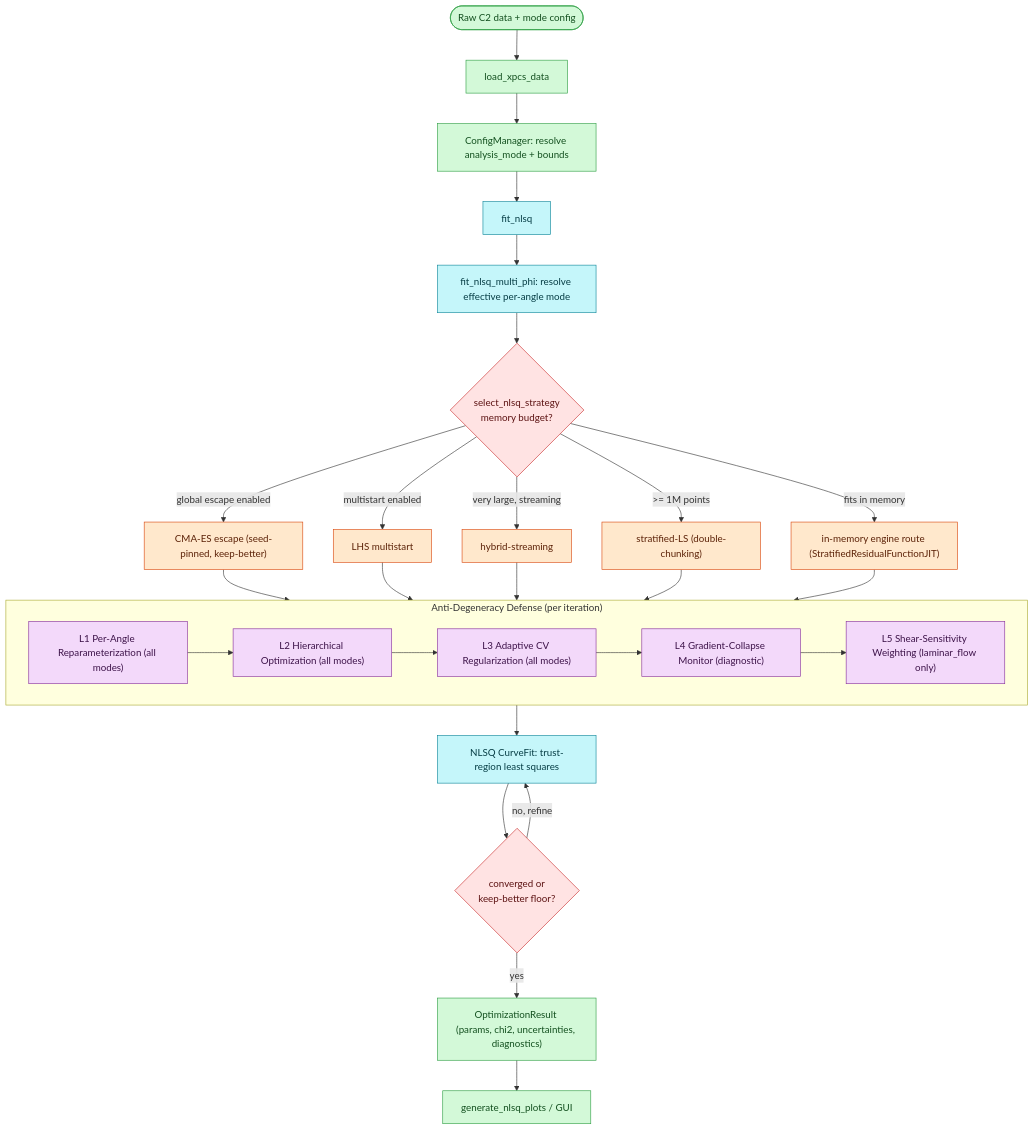
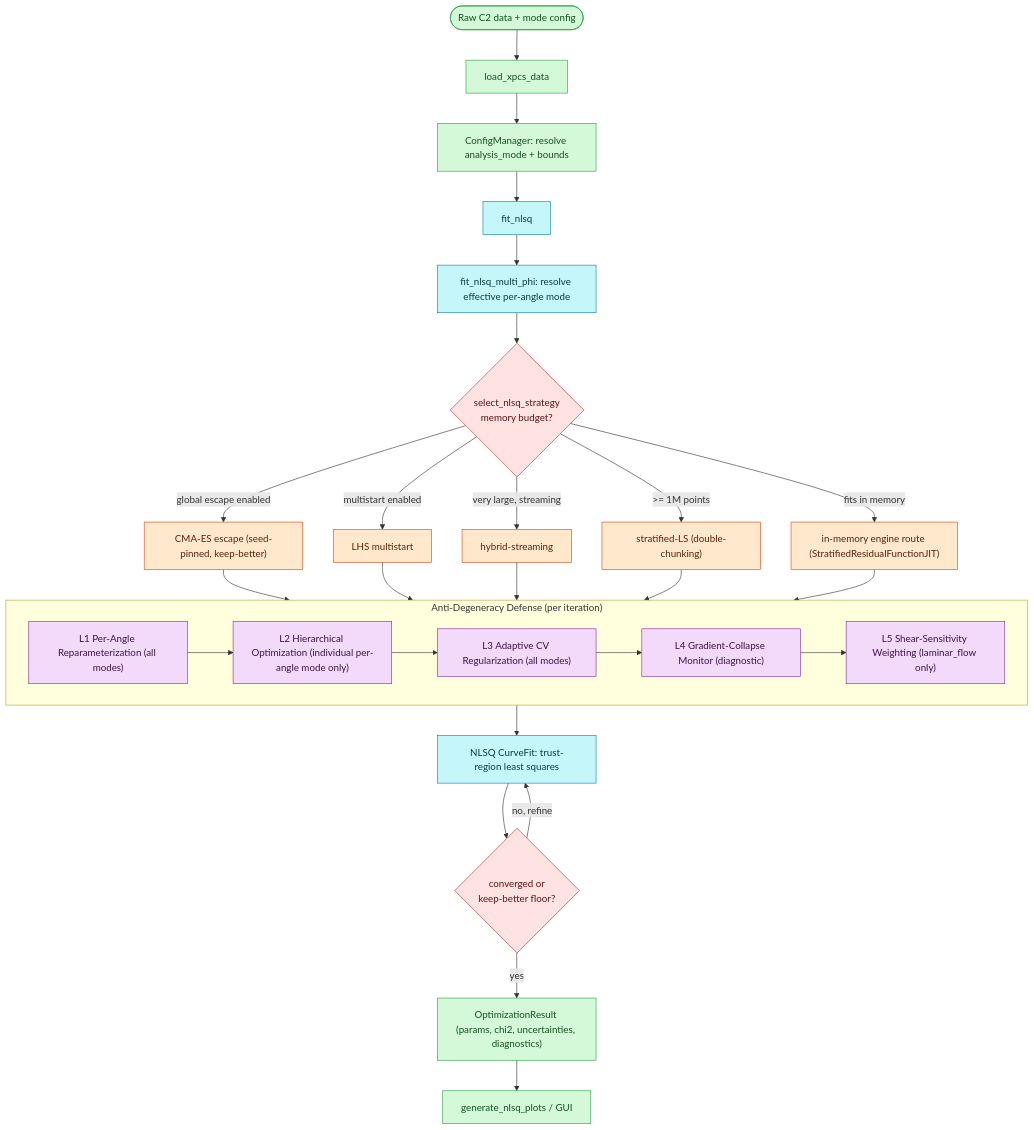
One commit to imewei/xpcsjax changed the diagram in docs/diagrams/fitting_workflow.md. Above: the diagram before and after it, drawn with Mermaid. The commit also changed other lines of this file and 8 other files, not shown here.

First line of the commit message:
docs(diagrams): sync architecture + fitting-workflow diagrams with current impl

````diff
--- a/docs/diagrams/fitting_workflow.md
+++ b/docs/diagrams/fitting_workflow.md
@@ -12,46 +12,46 @@
 ```mermaid
 graph TB
     START(["Raw C2 data + mode config"]) --> LOAD["load_xpcs_data"]
     LOAD --> CFG["ConfigManager: resolve analysis_mode + bounds"]
     CFG --> FIT["fit_nlsq"]
     FIT --> FMP["fit_nlsq_multi_phi: resolve effective per-angle mode"]
     FMP --> SEL{"select_nlsq_strategy<br/>memory budget?"}
 
     SEL -->|"global escape enabled"| CMAES["CMA-ES escape (seed-pinned, keep-better)"]
     SEL -->|"multistart enabled"| MULTI["LHS multistart"]
     SEL -->|"very large, streaming"| HYB["hybrid-streaming"]
     SEL -->|">= 1M points"| STRAT["stratified-LS (double-chunking)"]
     SEL -->|"fits in memory"| INMEM["in-memory engine route (StratifiedResidualFunctionJIT)"]
 
     CMAES --> AD
     MULTI --> AD
     HYB --> AD
     STRAT --> AD
     INMEM --> AD
 
     subgraph AD["Anti-Degeneracy Defense (per iteration)"]
         L1["L1 Per-Angle Reparameterization (all modes)"]
-        L2["L2 Hierarchical Optimization (all modes)"]
+        L2["L2 Hierarchical Optimization (individual per-angle mode only)"]
         L3["L3 Adaptive CV Regularization (all modes)"]
         L4["L4 Gradient-Collapse Monitor (diagnostic)"]
         L5["L5 Shear-Sensitivity Weighting (laminar_flow only)"]
         L1 --> L2 --> L3 --> L4 --> L5
     end
 
     AD --> SOLVE["NLSQ CurveFit: trust-region least squares"]
     SOLVE --> CONV{"converged or<br/>keep-better floor?"}
     CONV -->|"no, refine"| SOLVE
     CONV -->|"yes"| OR["OptimizationResult (params, chi2, uncertainties, diagnostics)"]
     OR --> VIZ["generate_nlsq_plots / GUI"]
 
     classDef io fill:#d3f9d8,stroke:#2f9e44,color:#13501f;
     classDef route fill:#ffe3e3,stroke:#c92a2a,color:#5c1212;
     classDef path fill:#ffe8cc,stroke:#d9480f,color:#5c2208;
     classDef layer fill:#f3d9fa,stroke:#862e9c,color:#3d1349;
     classDef solve fill:#c5f6fa,stroke:#0c8599,color:#063d45;
     class START,LOAD,CFG,OR,VIZ io;
     class SEL,CONV route;
     class CMAES,MULTI,HYB,STRAT,INMEM path;
     class L1,L2,L3,L4,L5 layer;
     class FIT,FMP,SOLVE solve;
 ```
````
